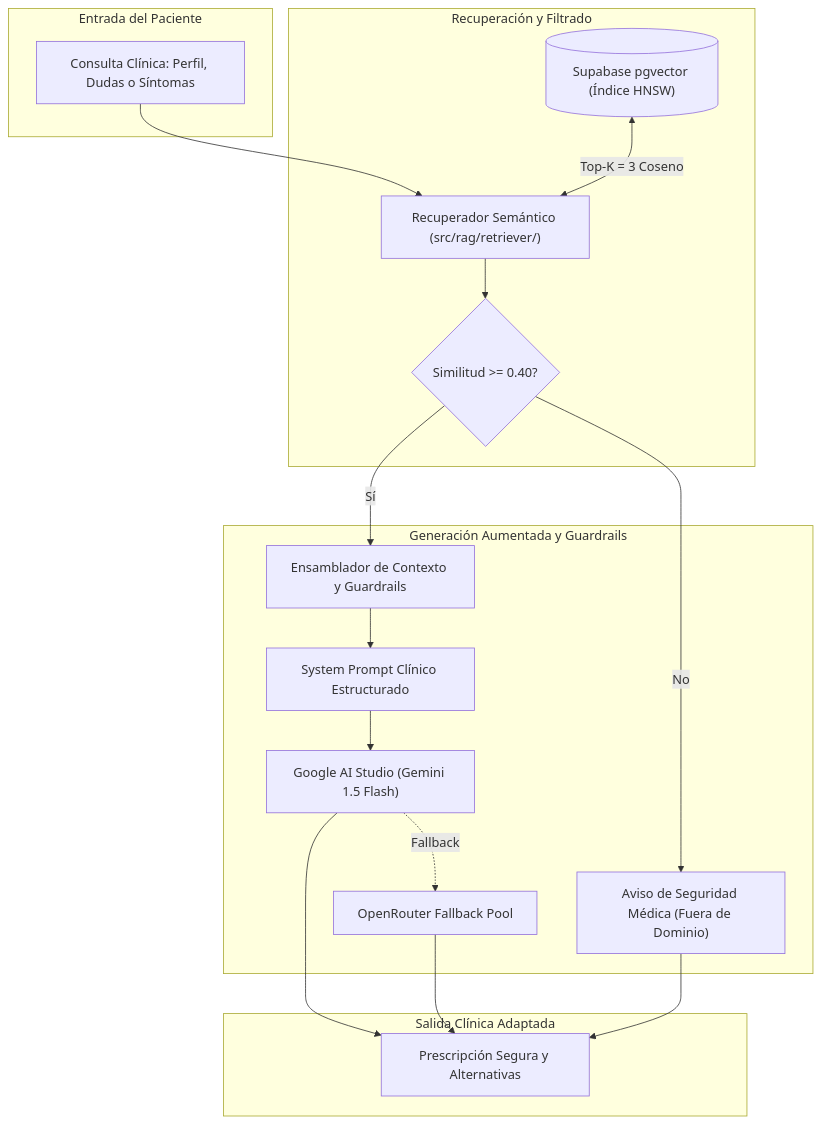
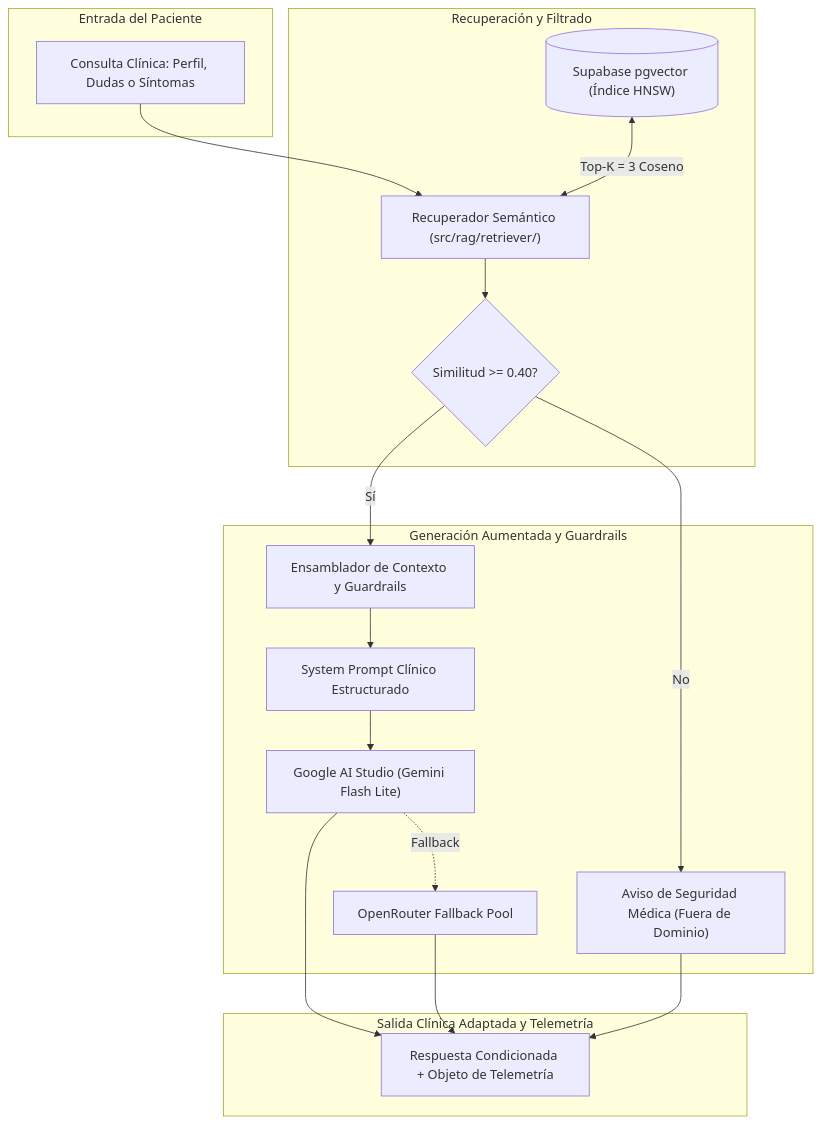
One commit to danielsanchez040601-byte/SeniorVital---Backend-API changed the diagram in issues/issues_sprint_1/S1-05_Pipeline_RAG.md. Above: the diagram before and after it, drawn with Mermaid. The commit also changed other lines of this file and 10 other files, not shown here.

````diff
--- a/issues/issues_sprint_1/S1-05_Pipeline_RAG.md
+++ b/issues/issues_sprint_1/S1-05_Pipeline_RAG.md
@@ -13,37 +14,37 @@
 ```mermaid
 flowchart TD
     subgraph Input_Layer [Entrada del Paciente]
         Query["Consulta Clínica: Perfil, Dudas o Síntomas"]
     end
 
     subgraph Retrieval_Layer [Recuperación y Filtrado]
         Retriever["Recuperador Semántico (src/rag/retriever/)"]
         PGV[("Supabase pgvector (Índice HNSW)")]
         Threshold{"Similitud >= 0.40?"}
         
         Query --> Retriever
         PGV <-->|Top-K = 3 Coseno| Retriever
         Retriever --> Threshold
     end
 
     subgraph LLM_Generation [Generación Aumentada y Guardrails]
         Context["Ensamblador de Contexto y Guardrails"]
         Prompt["System Prompt Clínico Estructurado"]
-        LLM_Primary["Google AI Studio (Gemini 1.5 Flash)"]
+        LLM_Primary["Google AI Studio (Gemini Flash Lite)"]
         LLM_Fallback["OpenRouter Fallback Pool"]
         Guardrail_Msg["Aviso de Seguridad Médica (Fuera de Dominio)"]
         
         Threshold -- "Sí" --> Context
         Threshold -- "No" --> Guardrail_Msg
         Context --> Prompt
         Prompt --> LLM_Primary
         LLM_Primary -.->|Fallback| LLM_Fallback
     end
 
-    subgraph Output_Layer [Salida Clínica Adaptada]
-        Response["Prescripción Segura y Alternativas"]
+    subgraph Output_Layer [Salida Clínica Adaptada y Telemetría]
+        Response["Respuesta Condicionada + Objeto de Telemetría"]
         LLM_Primary --> Response
         LLM_Fallback --> Response
         Guardrail_Msg --> Response
     end
 ```
````
